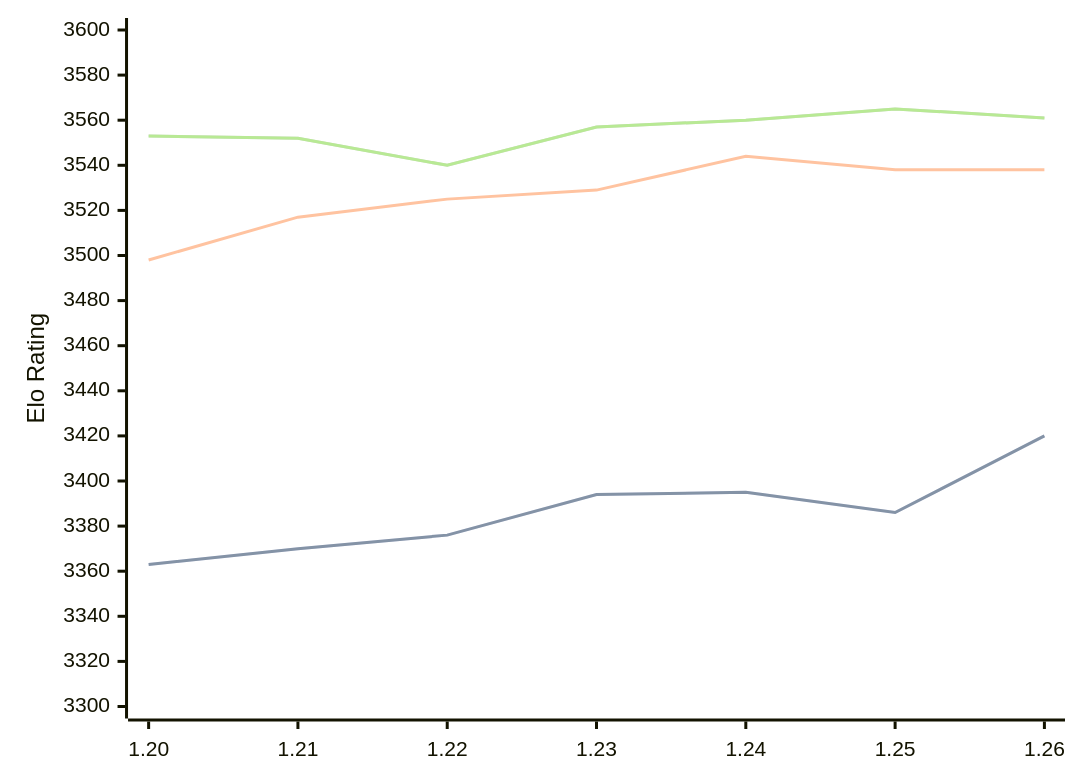
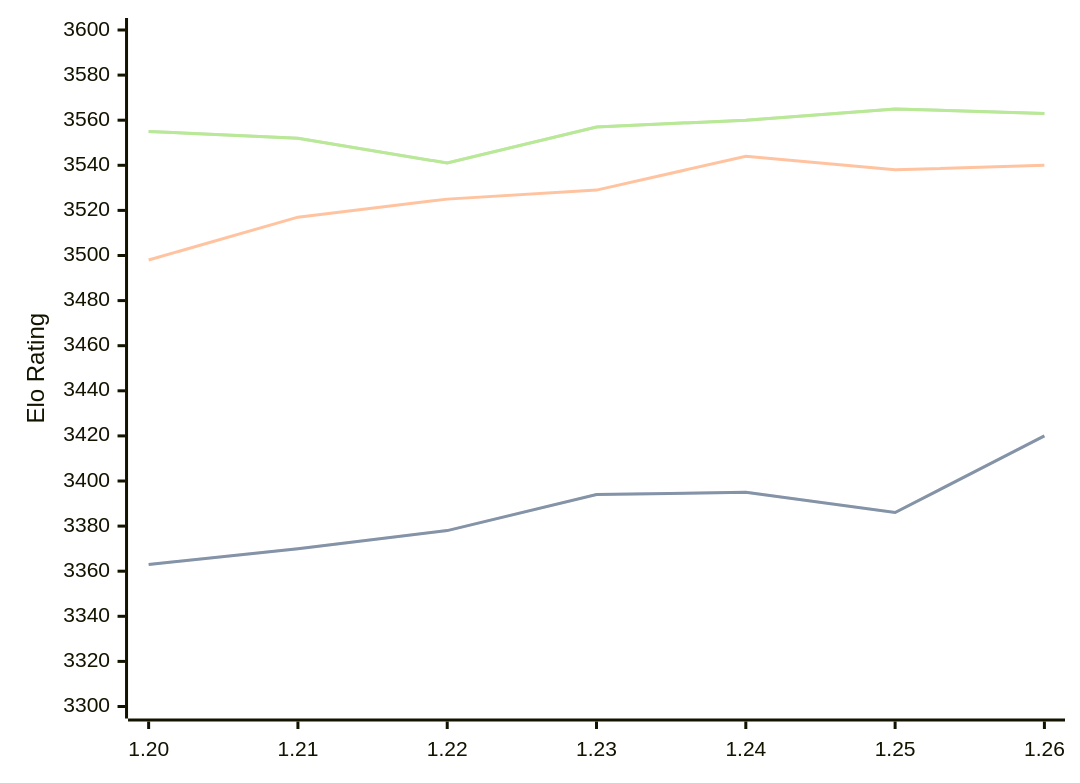
One commit to computer-chess-index/cci changed the diagram in engines/Caissa.md. Above: the diagram before and after it, drawn with Mermaid. The commit also changed other lines of this file, not shown here.

Commit message:
Update CCI Ratings (ELO VLTC) - 2026-09-18

````diff
--- a/engines/Caissa.md
+++ b/engines/Caissa.md
@@ -37,11 +37,11 @@
 ```mermaid
 %%{init: {"theme":"base","themeVariables":{"seriesColors:['#a3a3a3','#222221','#faa371']}}}%%
 xychart-beta
   x-axis ["1.20", "1.21", "1.22", "1.23", "1.24", "1.25", "1.26"]
   y-axis "Elo Rating" 3300 --> 3600
-  line "" [3363, 3370, 3376, 3394, 3395, 3386, 3420]
-  line "STC (8.0+0.08s)" [3363, 3370, 3376, 3394, 3395, 3386, 3420]
-  line "LTC (60.0+0.60s)" [3498, 3517, 3525, 3529, 3544, 3538, 3538]
-  line "" [3553, 3552, 3540, 3557, 3560, 3565, 3561]
-  line "VLTC (2m24s+1.12s)" [3553, 3552, 3540, 3557, 3560, 3565, 3561]
+  line "" [3363, 3370, 3378, 3394, 3395, 3386, 3420]
+  line "STC (8.0+0.08s)" [3363, 3370, 3378, 3394, 3395, 3386, 3420]
+  line "LTC (60.0+0.60s)" [3498, 3517, 3525, 3529, 3544, 3538, 3540]
+  line "" [3555, 3552, 3541, 3557, 3560, 3565, 3563]
+  line "VLTC (2m24s+1.12s)" [3555, 3552, 3541, 3557, 3560, 3565, 3563]
 ```
````
